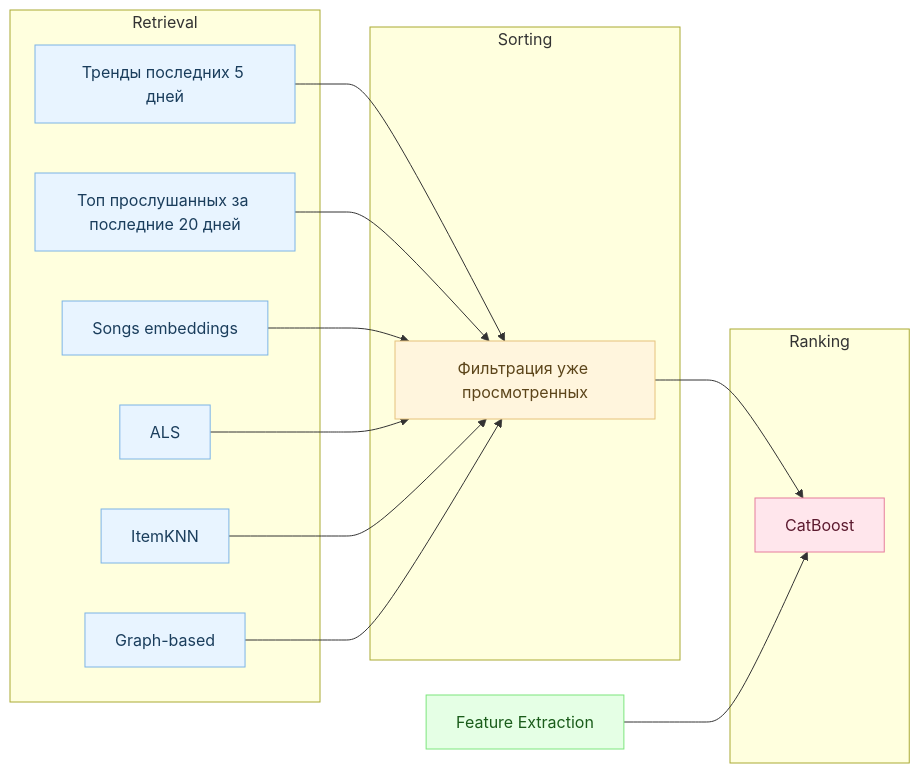
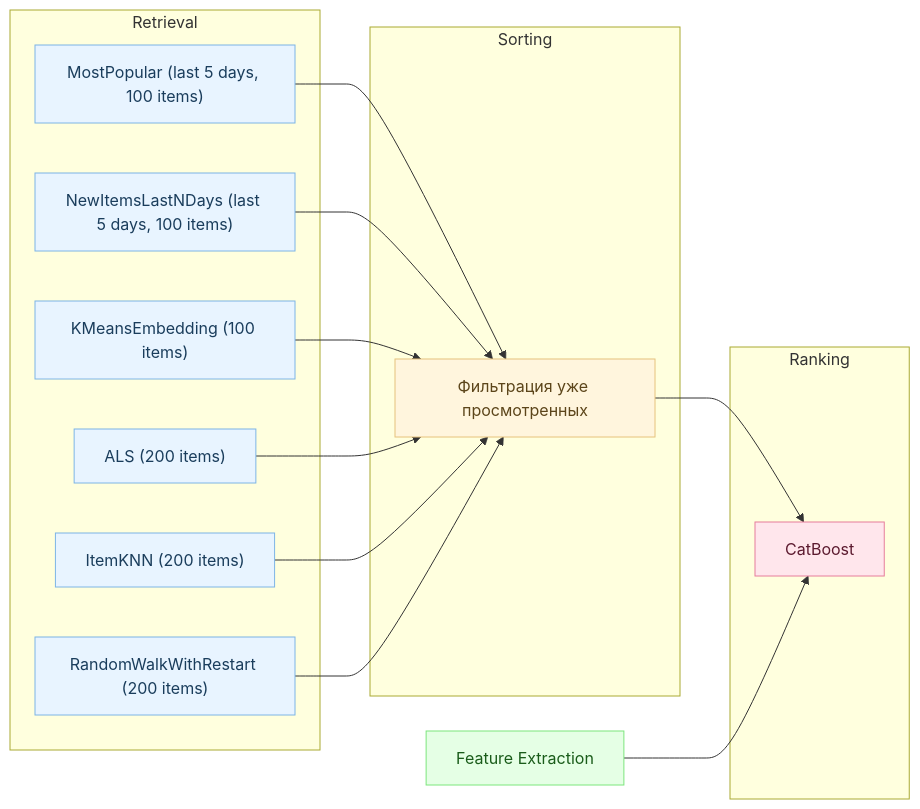
One commit to Nastasy822/music-recommendation-experiments changed the second of 2 diagrams in README.md. Above: the diagram before and after it, drawn with Mermaid. The commit also changed other lines of this file, not shown here.

Commit message:
docs(readme): update diagram

````diff
--- a/README.md
+++ b/README.md
@@ -178,46 +180,48 @@
 ```mermaid
 flowchart LR
 
     %% === Блоки пайплайна ===
     subgraph RETRIEVAL ["Retrieval"]
-        PopAll["Тренды последних 5 дней"]
-        PopUser["Топ прослушанных за последние 20 дней"]
-        SIM["Songs embeddings"]
-        ITEMKNN["ItemKNN"]
-        GRAPH["Graph-based"]
-        ALS["ALS"]
+        PopAll["MostPopular (last 5 days, 100 items)"]
+        PopUser["NewItemsLastNDays (last 5 days, 100 items)"]
+        SIM["KMeansEmbedding (100 items)"]
+        ITEMKNN["ItemKNN (200 items)"]
+        GRAPH["RandomWalkWithRestart (200 items)"]
+        ALS["ALS (200 items)"]
+
+
     end
 
     subgraph SORTING ["Sorting"]
         FILTER["Фильтрация уже просмотренных"]
     end
 
     subgraph RANKING ["Ranking"]
         RANK["CatBoost"]
     end
 
     %% === Отдельный нижний блок Feature Extraction ===
     FEATS["Feature Extraction"]
 
     %% === Потоки данных ===
     PopAll --> FILTER
     PopUser --> FILTER
     SIM --> FILTER
     ALS --> FILTER
     ITEMKNN --> FILTER
     GRAPH --> FILTER
 
     FILTER --> RANK
     FEATS --> RANK
 
     %% === Цветовые стили ===
     classDef retrieval fill:#e8f4ff,stroke:#7db4e6,color:#1a3d5c;
     classDef sorting fill:#fff5dd,stroke:#e6c27d,color:#5c451a;
     classDef ranking fill:#ffe6ec,stroke:#e67d9c,color:#5c1a2f;
     classDef features fill:#e5ffe5,stroke:#7de67d,color:#1a5c1a;
 
     class PopAll,PopUser,SIM,ALS,ITEMKNN,GRAPH retrieval;
     class FILTER sorting;
     class RANK ranking;
     class FEATS features;
 ```
````
